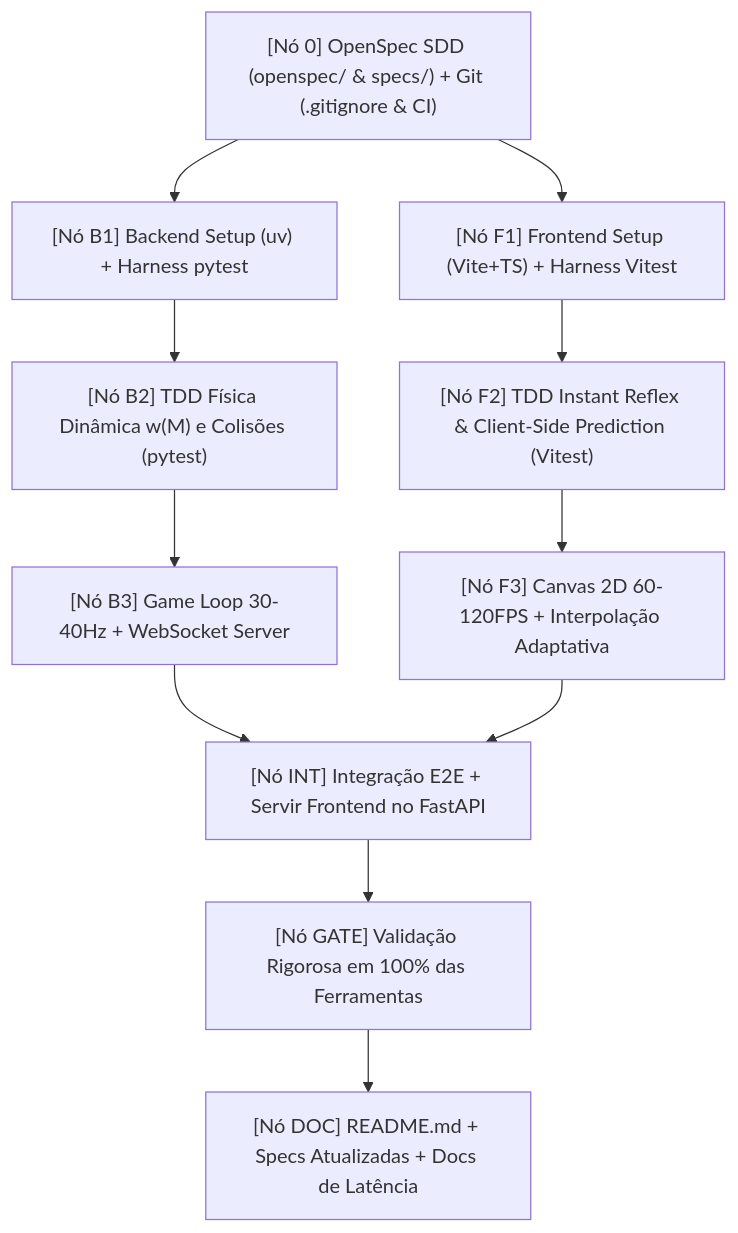
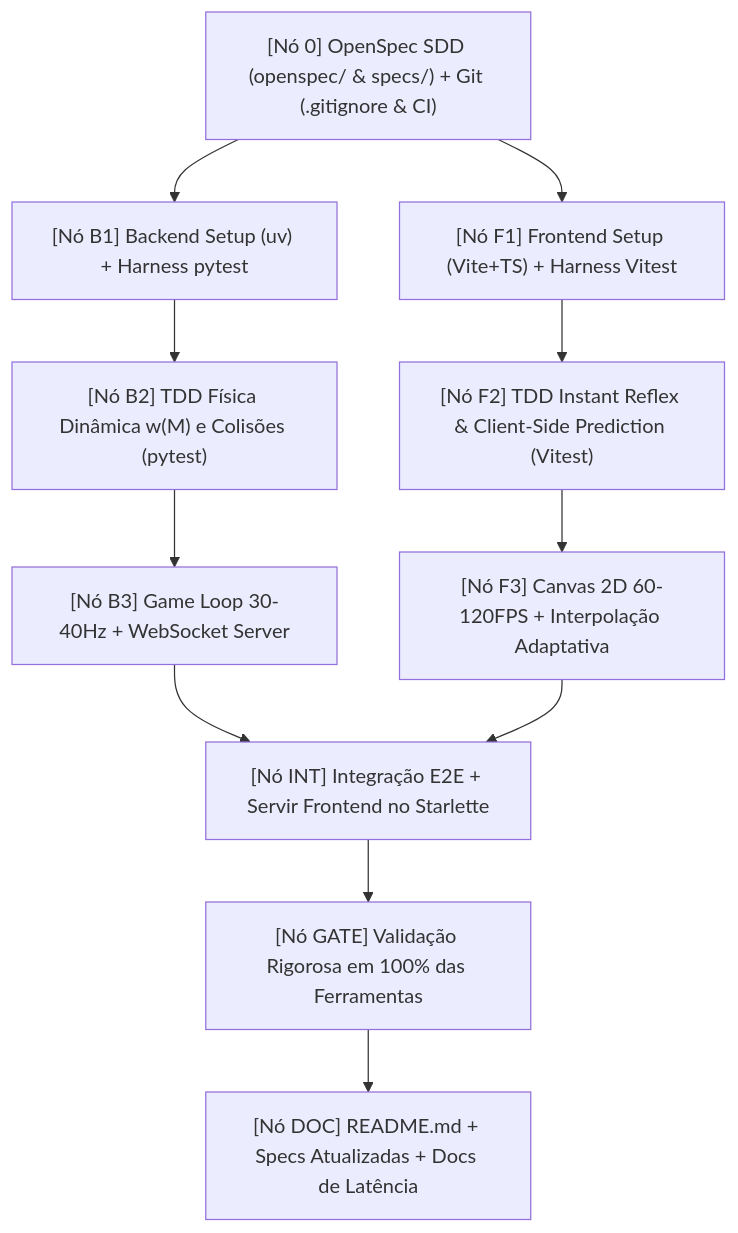
The diagram in README.md (douglaspands/snake-royale-game), drawn with Mermaid before and after one commit. The commit also changed other lines of this file and 13 other files, not shown here.

````diff
--- a/README.md
+++ b/README.md
@@ -136,17 +136,17 @@
 ```mermaid
 graph TD
     N_ROOT["[Nó 0] OpenSpec SDD (openspec/ & specs/) + Git (.gitignore & CI)"]
     N_B1["[Nó B1] Backend Setup (uv) + Harness pytest"]
     N_F1["[Nó F1] Frontend Setup (Vite+TS) + Harness Vitest"]
     N_B2["[Nó B2] TDD Física Dinâmica w(M) e Colisões (pytest)"]
     N_F2["[Nó F2] TDD Instant Reflex & Client-Side Prediction (Vitest)"]
     N_B3["[Nó B3] Game Loop 30-40Hz + WebSocket Server"]
     N_F3["[Nó F3] Canvas 2D 60-120FPS + Interpolação Adaptativa"]
-    N_INT["[Nó INT] Integração E2E + Servir Frontend no FastAPI"]
+    N_INT["[Nó INT] Integração E2E + Servir Frontend no Starlette"]
     N_GATE["[Nó GATE] Validação Rigorosa em 100% das Ferramentas"]
     N_DOC["[Nó DOC] README.md + Specs Atualizadas + Docs de Latência"]
 
     N_ROOT --> N_B1 --> N_B2 --> N_B3 --> N_INT
     N_ROOT --> N_F1 --> N_F2 --> N_F3 --> N_INT
     N_INT --> N_GATE --> N_DOC
 ```
````
